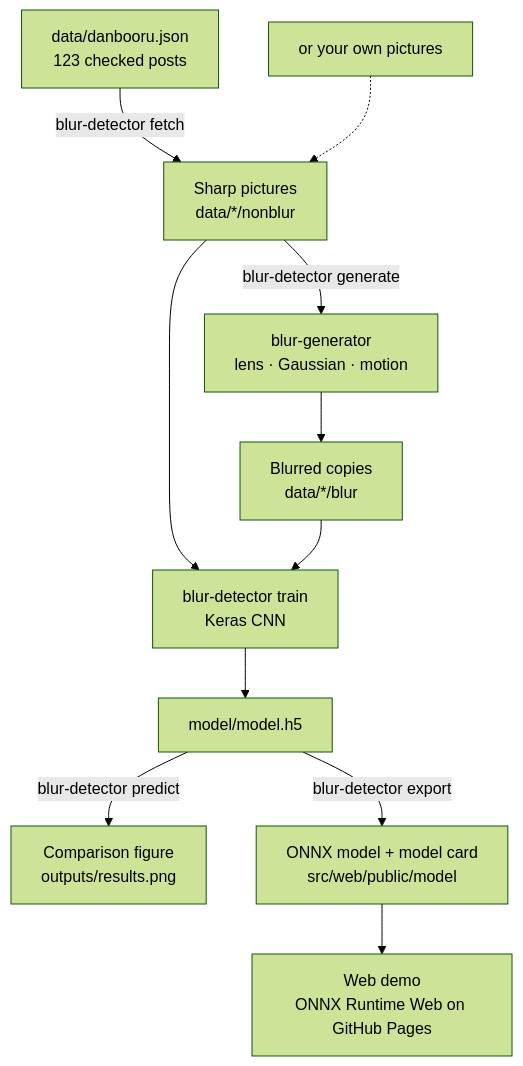
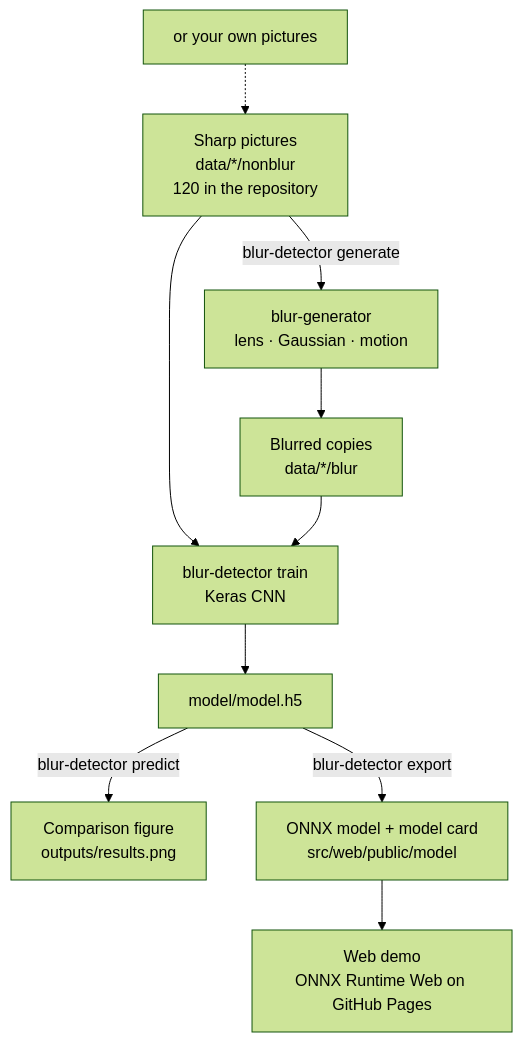
The diagram in README.md (NatLee/simply-blur-detector), drawn with Mermaid (forest theme) before and after one commit. The commit also changed other lines of this file and 8 other files, not shown here.

````diff
--- a/README.md
+++ b/README.md
@@ -37,13 +37,12 @@
 ```mermaid
 flowchart TB
-  list["data/danbooru.json<br/>123 checked posts"] -->|"blur-detector fetch"| sharp
   own["or your own pictures"] -.-> sharp
-  sharp["Sharp pictures<br/>data/*/nonblur"] -->|"blur-detector generate"| bg["blur-generator<br/>lens · Gaussian · motion"]
+  sharp["Sharp pictures<br/>data/*/nonblur<br/>120 in the repository"] -->|"blur-detector generate"| bg["blur-generator<br/>lens · Gaussian · motion"]
   bg --> blurred["Blurred copies<br/>data/*/blur"]
   sharp --> train
   blurred --> train["blur-detector train<br/>Keras CNN"]
   train --> model["model/model.h5"]
   model -->|"blur-detector predict"| figure["Comparison figure<br/>outputs/results.png"]
   model -->|"blur-detector export"| onnx["ONNX model + model card<br/>src/web/public/model"]
   onnx --> web["Web demo<br/>ONNX Runtime Web on GitHub Pages"]
 ```
````
